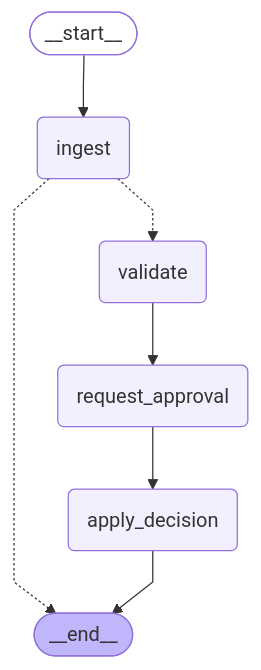
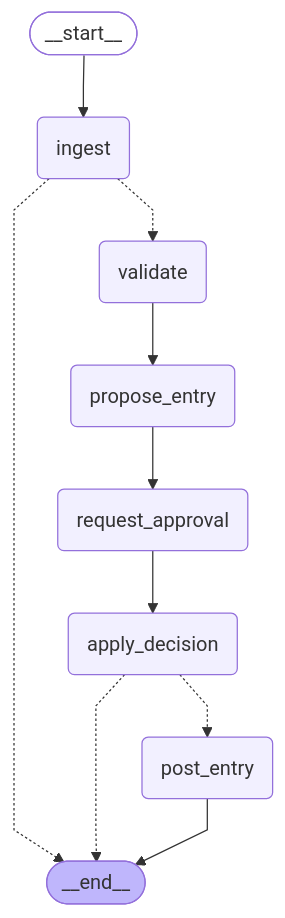
One commit to RomeoCorrec/Invoice_Agent changed the diagram in README.md. Above: the diagram before and after it, drawn with Mermaid. The commit also changed other lines of this file and 1 other file, not shown here.

````diff
--- a/README.md
+++ b/README.md
@@ -31,23 +31,28 @@
 ```mermaid
 ---
 config:
   flowchart:
     curve: linear
 ---
 graph TD;
 	__start__([<p>__start__</p>]):::first
 	ingest(ingest)
 	validate(validate)
+	propose_entry(propose_entry)
 	request_approval(request_approval)
 	apply_decision(apply_decision)
+	post_entry(post_entry)
 	__end__([<p>__end__</p>]):::last
 	__start__ --> ingest;
+	apply_decision -.-> __end__;
+	apply_decision -.-> post_entry;
 	ingest -.-> __end__;
 	ingest -.-> validate;
+	propose_entry --> request_approval;
 	request_approval --> apply_decision;
-	validate --> request_approval;
-	apply_decision --> __end__;
+	validate --> propose_entry;
+	post_entry --> __end__;
 	classDef default fill:#f2f0ff,line-height:1.2
 	classDef first fill-opacity:0
 	classDef last fill:#bfb6fc
 ```
````
